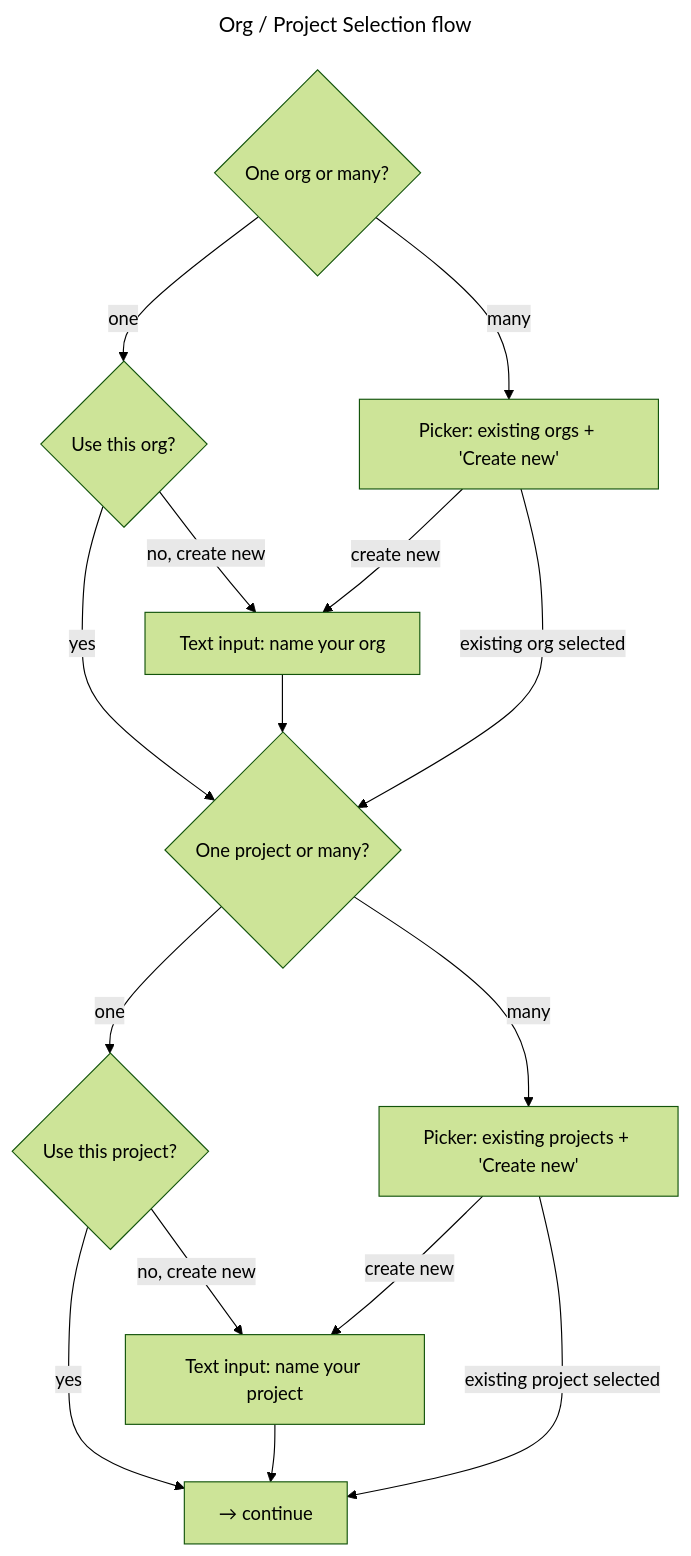
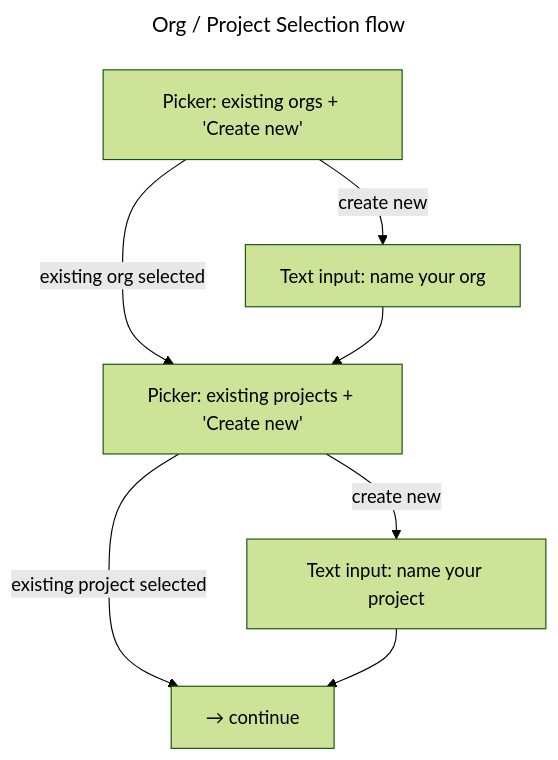
Before and after one commit to amplitude/wizard: the diagram in docs/diagrams/org-project-selection-flow.mmd, drawn with Mermaid (forest theme). The commit also changed 21 other files, not shown here.

```diff
--- a/docs/diagrams/org-project-selection-flow.mmd
+++ b/docs/diagrams/org-project-selection-flow.mmd
@@ -1,20 +1,12 @@
 ---
 title: Org / Project Selection flow
 ---
 flowchart TD
-    ORG{One org or many?}
-    ORG -->|one| ORG_CONFIRM{"Use this org?"}
-    ORG -->|many| ORG_PICKER["Picker: existing orgs + 'Create new'"]
-    ORG_CONFIRM -->|yes| PROJECT
-    ORG_CONFIRM -->|no, create new| ORG_NAME["Text input: name your org"] --> PROJECT
-    ORG_PICKER -->|existing org selected| PROJECT
-    ORG_PICKER -->|create new| ORG_NAME
+    ORG_PICKER["Picker: existing orgs + 'Create new'"]
+    ORG_PICKER -->|existing org selected| PROJ_PICKER
+    ORG_PICKER -->|create new| ORG_NAME["Text input: name your org"] --> PROJ_PICKER
 
-    PROJECT{One project or many?}
-    PROJECT -->|one| PROJ_CONFIRM{"Use this project?"}
-    PROJECT -->|many| PROJ_PICKER["Picker: existing projects + 'Create new'"]
-    PROJ_CONFIRM -->|yes| DONE
-    PROJ_CONFIRM -->|no, create new| PROJ_NAME["Text input: name your project"] --> DONE
+    PROJ_PICKER["Picker: existing projects + 'Create new'"]
     PROJ_PICKER -->|existing project selected| DONE
-    PROJ_PICKER -->|create new| PROJ_NAME
+    PROJ_PICKER -->|create new| PROJ_NAME["Text input: name your project"] --> DONE
     DONE["→ continue"]
```
